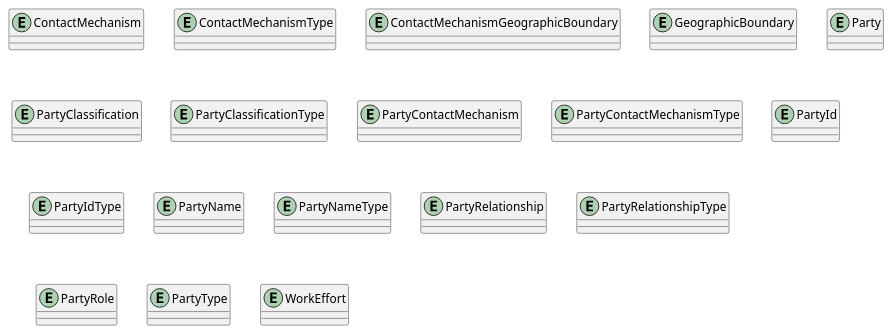
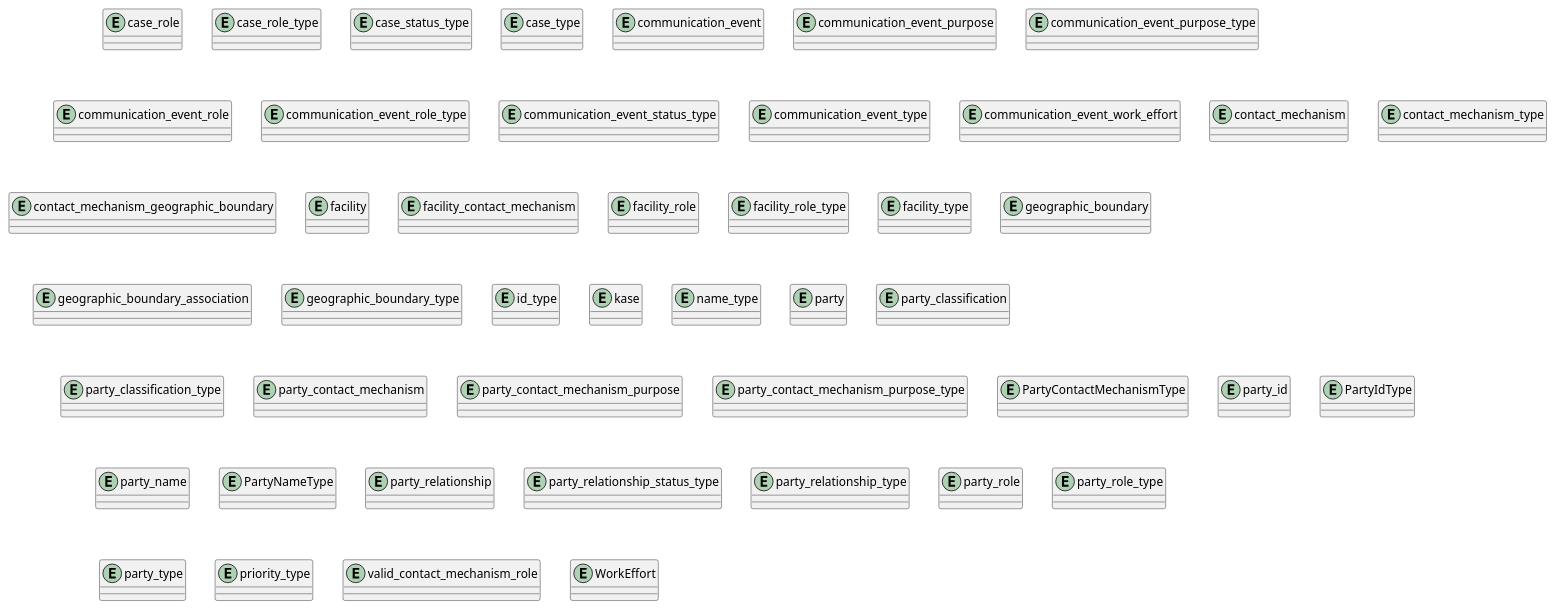
Before and after one commit to ErpMicroServices/people_and_organizations-database: the diagram in ERD/Entities.puml, drawn with PlantUML. The commit also changed 11 other files, not shown here.

```diff
--- a/ERD/Entities.puml
+++ b/ERD/Entities.puml
@@ -1,56 +1,96 @@
 @startuml entities
 ' hide the spot
 ' hide circle
 
 ' avoid problems with angled crows feet
 skinparam linetype ortho
 
-entity ContactMechanism {}
-entity ContactMechanismType {}
-entity ContactMechanismGeographicBoundary {}
-entity GeographicBoundary {}
-entity Party {
-}
+entity case_role {}
+entity case_role_type {}
 
-entity PartyClassification {
-}
+entity case_status_type {}
 
-entity PartyClassificationType {
-}
+entity case_type {}
 
-entity PartyContactMechanism {
-}
+entity communication_event {}
 
-entity PartyContactMechanismType {
-}
+entity communication_event_purpose {}
 
-entity PartyId {
-}
+entity communication_event_purpose_type {}
 
-entity PartyIdType{
-}
+entity communication_event_role {}
 
-entity PartyName {
+entity communication_event_role_type {}
 
-}
+entity communication_event_status_type {}
 
-entity PartyNameType {
+entity communication_event_type {}
 
-}
+entity communication_event_work_effort {}
 
-entity PartyRelationship {
+entity contact_mechanism {}
 
-}
+entity contact_mechanism_type {}
 
-entity PartyRelationshipType {
+entity contact_mechanism_geographic_boundary {}
 
-}
+entity facility {}
 
-entity PartyRole {
-}
+entity facility_contact_mechanism {}
 
-entity PartyType {
-}
+entity facility_role {}
 
+entity facility_role_type {}
+
+entity facility_type {}
+
+entity geographic_boundary {}
+
+entity geographic_boundary_association {}
+
+entity geographic_boundary_type {}
+
+entity id_type {}
+
+entity kase {}
+
+entity name_type {}
+
+entity party {}
+
+entity party_classification {}
+
+entity party_classification_type {}
+
+entity party_contact_mechanism {}
+
+entity party_contact_mechanism_purpose {}
+
+entity party_contact_mechanism_purpose_type {}
+
+entity PartyContactMechanismType {}
+
+entity party_id {}
+
+entity PartyIdType{}
+
+entity party_name {}
+
+entity PartyNameType {}
+
+entity party_relationship {}
+
+entity party_relationship_status_type {}
+entity party_relationship_type {}
+
+entity party_role {}
+
+entity party_role_type{}
+
+entity party_type {}
+
+entity priority_type{}
+
+entity valid_contact_mechanism_role {}
 entity WorkEffort {}
 @enduml
```
